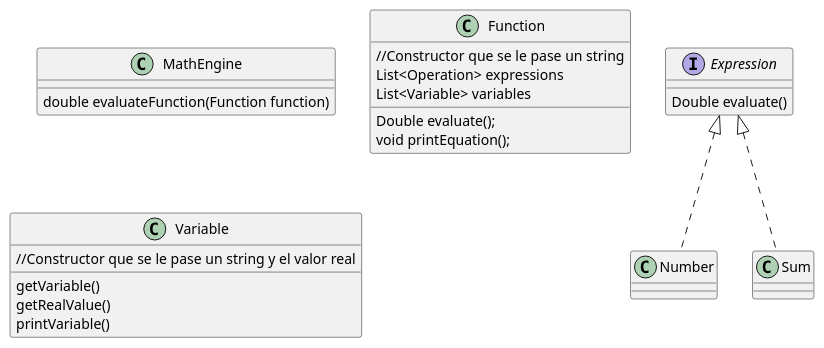
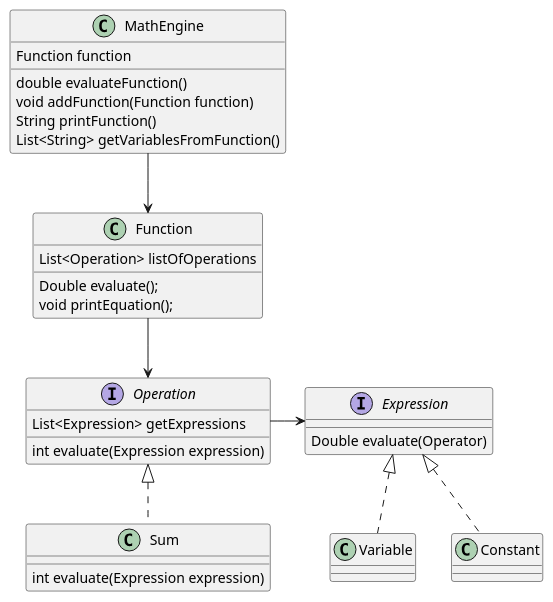
The diagram in diagrams/functions_class.puml (austral-ingsis-classroom/formula-husseymarcos), drawn with PlantUML before and after one commit. The commit also changed 10 other files, not shown here.

Commit message:
list variables fix

```diff
--- a/diagrams/functions_class.puml
+++ b/diagrams/functions_class.puml
@@ -1,34 +1,45 @@
 @startuml
 
 class MathEngine{
-    double evaluateFunction(Function function)
+    Function function
+    double evaluateFunction()
+    void addFunction(Function function)
+    String printFunction()
+    List<String> getVariablesFromFunction()
 }
+MathEngine --> Function
 
 class Function{
-    //Constructor que se le pase un string
-    List<Operation> expressions
-    List<Variable> variables
+    List<Operation> listOfOperations
     Double evaluate();
     void printEquation();
 }
 
+Function --> Operation
+
 
 interface Expression{
-    Double evaluate()
+    Double evaluate(Operator)
 }
 
-class Number implements Expression{
+interface Operation{
+    int evaluate(Expression expression)
+    List<Expression> getExpressions
 }
 
-class Sum implements Expression{
+Operation -> Expression
+
+class Sum implements Operation{
+    int evaluate(Expression expression)
 }
 
-class Variable{
-    //Constructor que se le pase un string y el valor real
-    getVariable()
-    getRealValue()
-    printVariable()
+class Variable implements Expression{
 }
+
+class Constant implements Expression{
+}
+
+interface Expression{}
 
 
 @enduml
```
